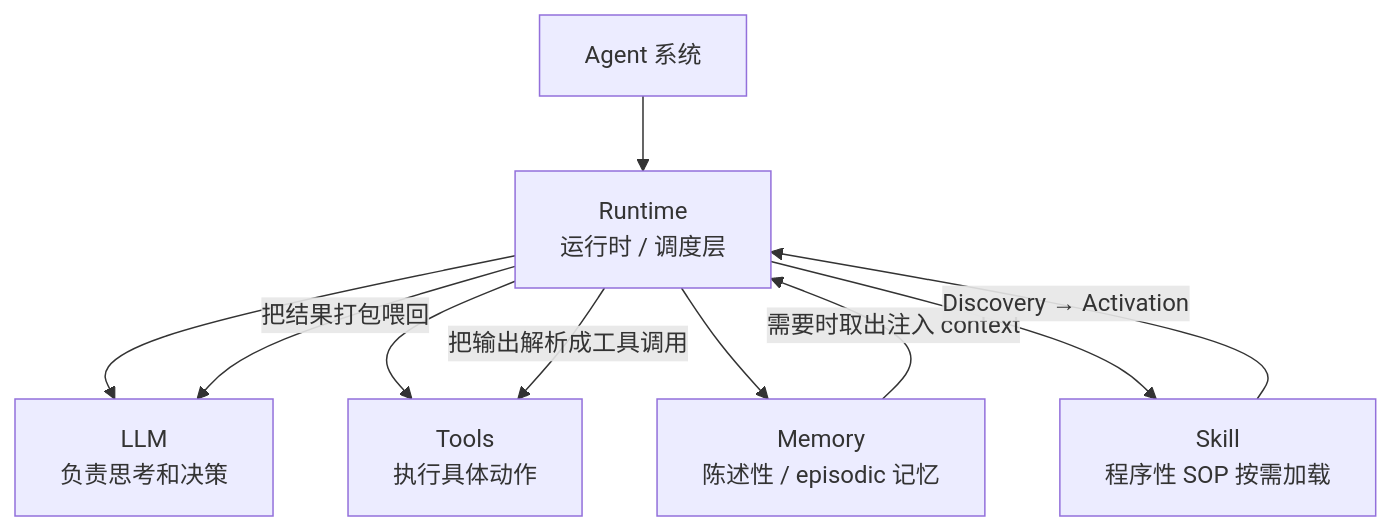
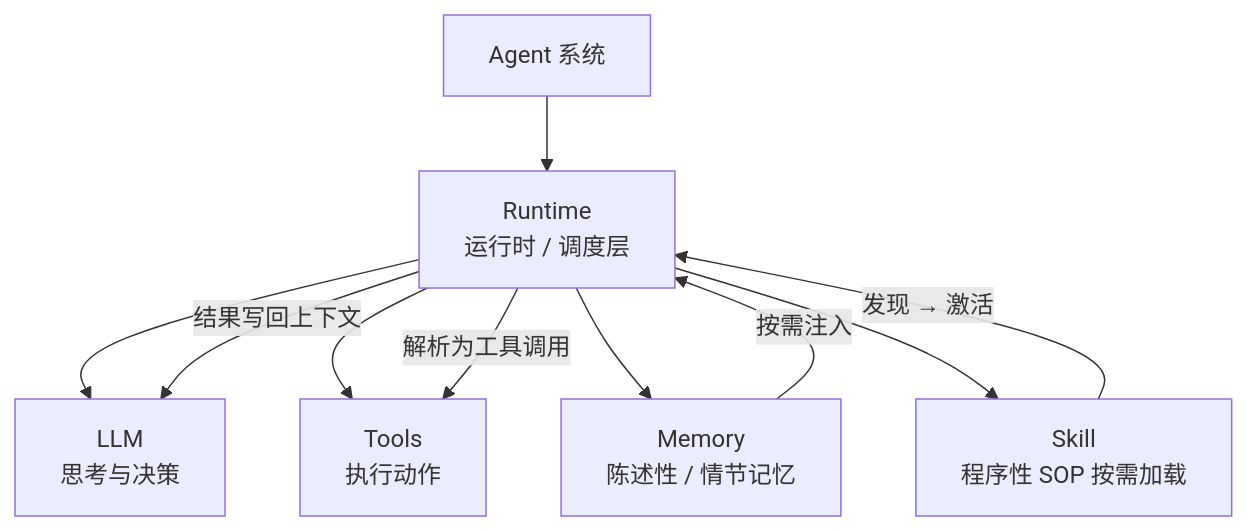
The first of 2 diagrams in docs/agent/core/agent.md (wolf-wolf/ai-tell-ai), drawn with Mermaid before and after one commit. The commit also changed other lines of this file and 66 other files, not shown here.

First line of the commit message:
Expand wiki corpus, coverage graph, and Obsidian doc tooling.

````diff
--- a/docs/agent/core/agent.md
+++ b/docs/agent/core/agent.md
@@ -57,12 +69,12 @@
 ```mermaid
 flowchart TD
-    Agent["Agent 系统"] --> Runtime["Runtime<br>运行时 / 调度层"]
-    Runtime --> LLM["LLM<br>负责思考和决策"]
-    Runtime --> Tools["Tools<br>执行具体动作"]
-    Runtime --> Memory["Memory<br>陈述性 / episodic 记忆"]
-    Runtime --> Skill["Skill<br>程序性 SOP 按需加载"]
-    Runtime -->|把输出解析成工具调用| Tools
-    Runtime -->|把结果打包喂回| LLM
-    Memory -->|需要时取出注入 context| Runtime
-    Skill -->|Discovery → Activation| Runtime
+    Agent["Agent 系统"] --> Runtime["Runtime<br/>运行时 / 调度层"]
+    Runtime --> LLM["LLM<br/>思考与决策"]
+    Runtime --> Tools["Tools<br/>执行动作"]
+    Runtime --> Memory["Memory<br/>陈述性 / 情节记忆"]
+    Runtime --> Skill["Skill<br/>程序性 SOP 按需加载"]
+    Runtime -->|解析为工具调用| Tools
+    Runtime -->|结果写回上下文| LLM
+    Memory -->|按需注入| Runtime
+    Skill -->|发现 → 激活| Runtime
 ```
````
